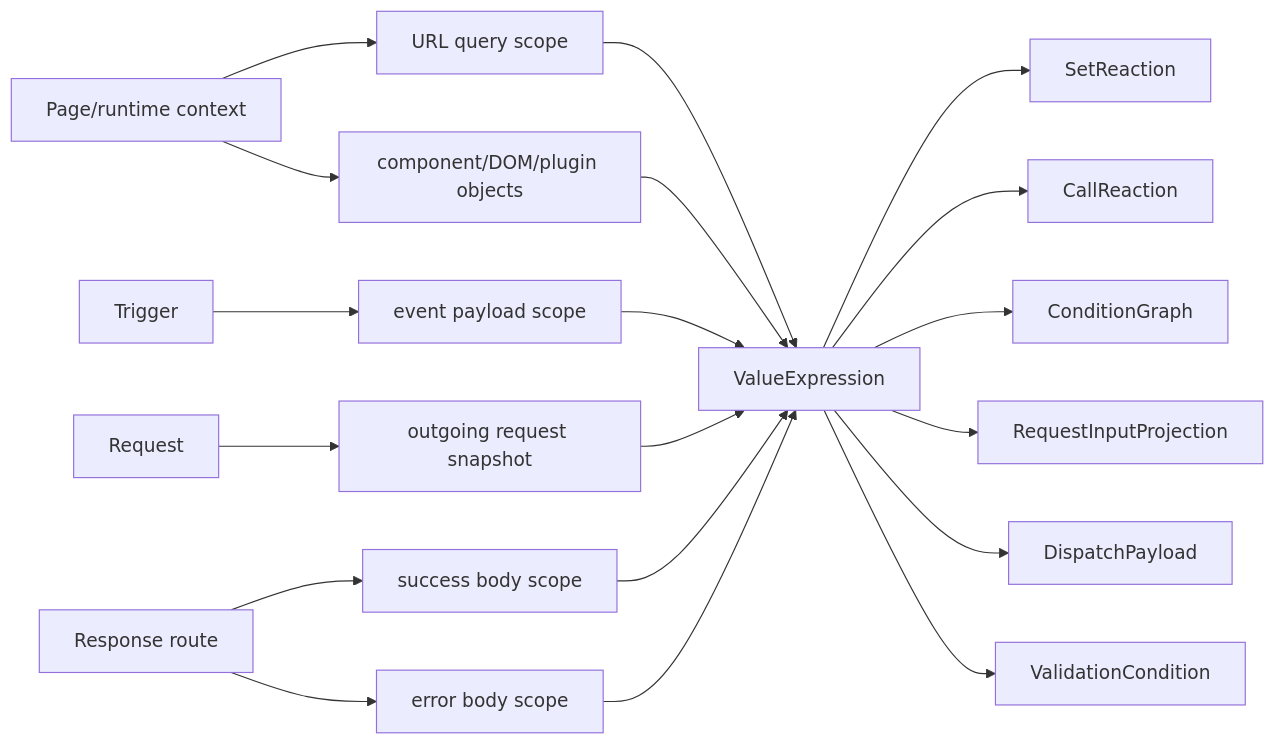
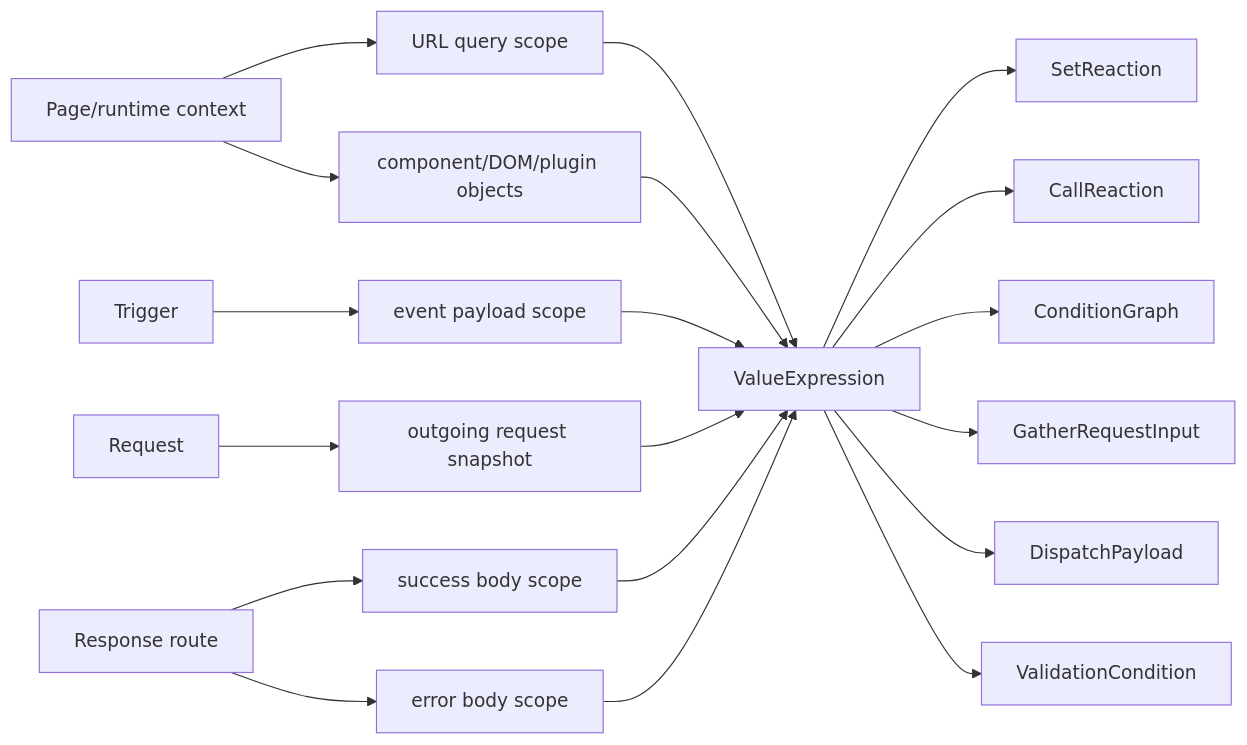
Before and after one commit to marafiq/alis-reactive: the fifth of 10 diagrams in docs/reactive-plan-source-blueprint.md, drawn with Mermaid. The commit also changed other lines of this file and 2 other files, not shown here.

Commit message:
Remove stale projection vocabulary

````diff
--- a/docs/reactive-plan-source-blueprint.md
+++ b/docs/reactive-plan-source-blueprint.md
@@ -249,23 +247,23 @@
 ```mermaid
 flowchart LR
     PageContext[Page/runtime context] --> UrlScope[URL query scope]
     PageContext --> ObjectScope[component/DOM/plugin objects]
     Trigger[Trigger] --> EventScope[event payload scope]
     Request[Request] --> RequestScope[outgoing request snapshot]
     Response[Response route] --> SuccessScope[success body scope]
     Response --> ErrorScope[error body scope]
 
     UrlScope --> ValueExpression
     ObjectScope --> ValueExpression
     EventScope --> ValueExpression
     RequestScope --> ValueExpression
     SuccessScope --> ValueExpression
     ErrorScope --> ValueExpression
 
     ValueExpression --> SetReaction
     ValueExpression --> CallReaction
     ValueExpression --> ConditionGraph
-    ValueExpression --> RequestInputProjection
+    ValueExpression --> GatherRequestInput
     ValueExpression --> DispatchPayload
     ValueExpression --> ValidationCondition
 ```
````
